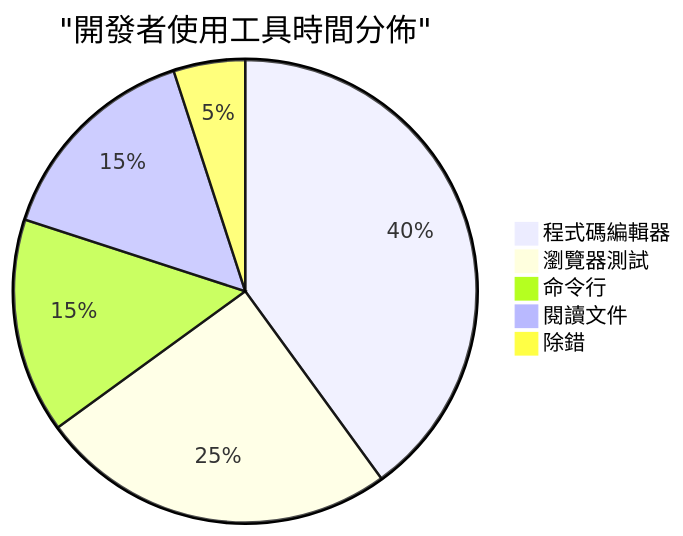
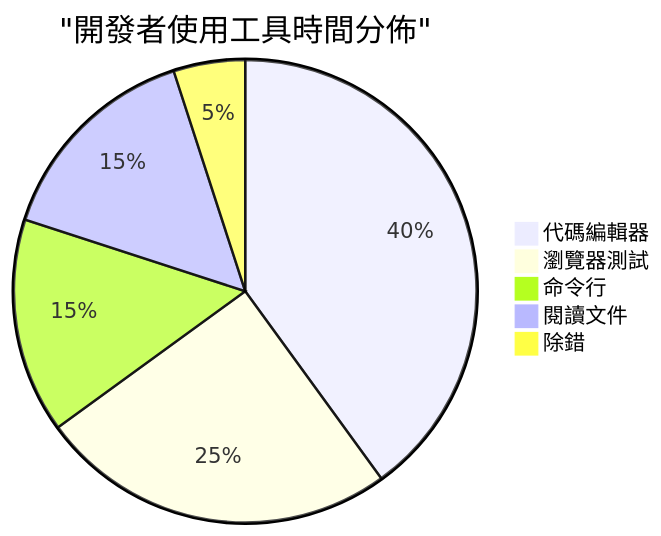
The sixth of 7 diagrams in translations/zh-HK/1-getting-started-lessons/1-intro-to-programming-languages/README.md (microsoft/Web-Dev-For-Beginners), drawn with Mermaid before and after one commit. The commit also changed other lines of this file and 11 other files, not shown here.

````diff
--- a/translations/zh-HK/1-getting-started-lessons/1-intro-to-programming-languages/README.md
+++ b/translations/zh-HK/1-getting-started-lessons/1-intro-to-programming-languages/README.md
@@ -712,8 +711,8 @@
 ```mermaid
 pie title "開發者使用工具時間分佈"
-    "程式碼編輯器" : 40
+    "代碼編輯器" : 40
     "瀏覽器測試" : 25
     "命令行" : 15
     "閱讀文件" : 15
     "除錯" : 5
 ```
````
